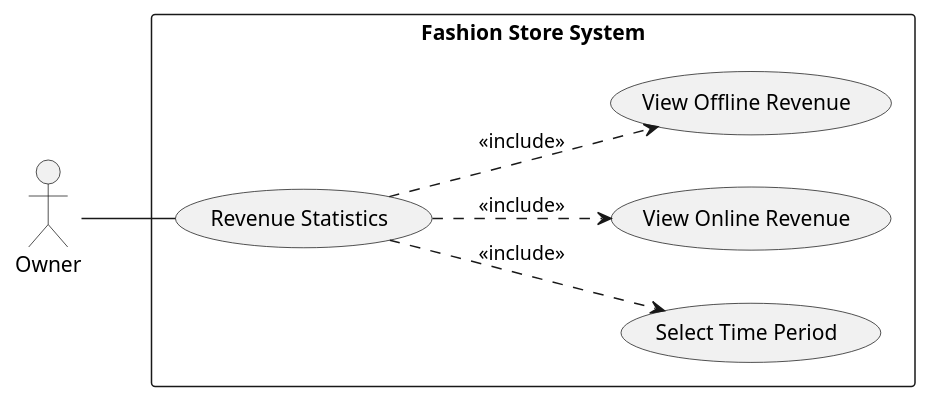
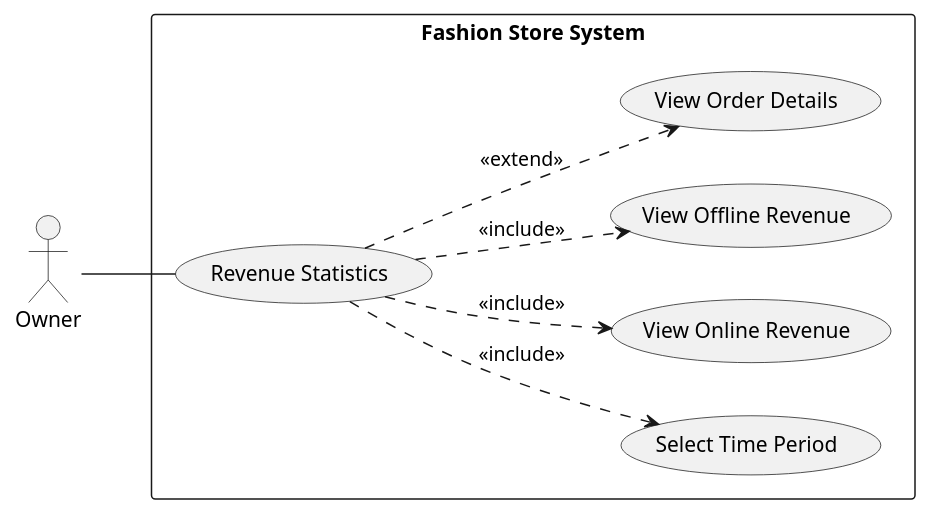
Before and after one commit to Peterdir/fashion-store-system: the diagram in src/main/java/org/example/fashionstoresystem/uml/UseCase/UC29_RevenueStatistics.puml, drawn with PlantUML. The commit also changed 9 other files, not shown here.

Commit message:
Implement Object Diagram

```diff
--- a/src/main/java/org/example/fashionstoresystem/uml/UseCase/UC29_RevenueStatistics.puml
+++ b/src/main/java/org/example/fashionstoresystem/uml/UseCase/UC29_RevenueStatistics.puml
@@ -1,20 +1,24 @@
 @startuml
 left to right direction
 skinparam packageStyle rectangle
 
 actor "Owner" as O
 
 rectangle "Fashion Store System" {
     usecase "Revenue Statistics" as UC_RevSta
     usecase "Select Time Period" as UC_SelTimePeri
     usecase "View Online Revenue" as UC_VieOnRev
     usecase "View Offline Revenue" as UCVieOffRev
+    usecase "View Order Details" as UC_VieOrdDet
 
     O -- UC_RevSta
 
     ''' Các phần bắt buộc để có báo cáo hoàn chỉnh '''
     UC_RevSta ..> UC_SelTimePeri : <<include>>
     UC_RevSta ..> UC_VieOnRev : <<include>>
     UC_RevSta ..> UCVieOffRev : <<include>>
+
+    ''' Tùy chọn xem chi tiết sản phẩm trong đơn hàng '''
+    UC_RevSta ..> UC_VieOrdDet : <<extend>>
 }
 @enduml
```
